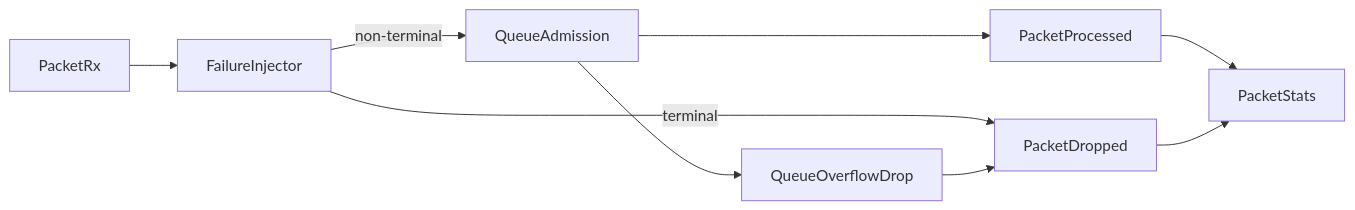
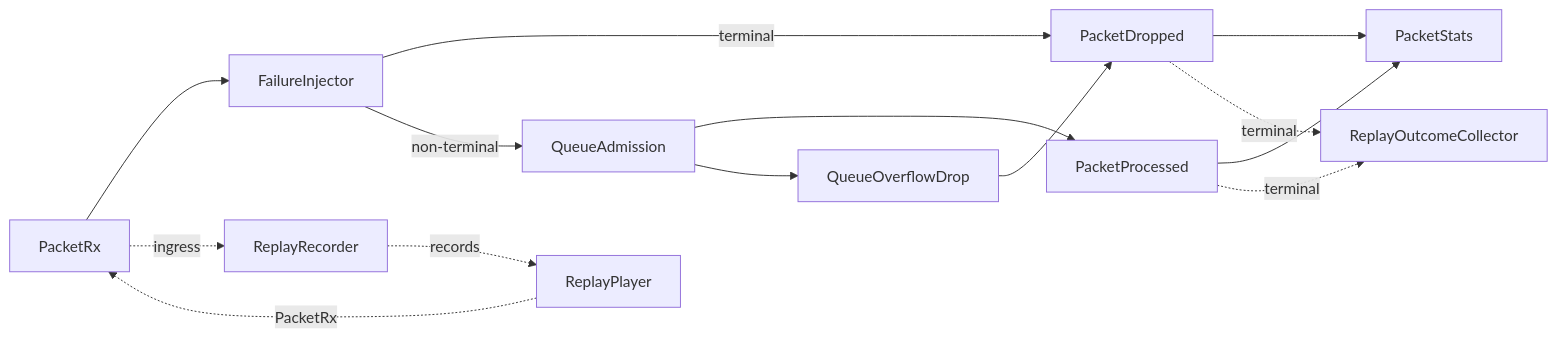
Before and after one commit to togunchan/EdgeNetSwitch: the diagram in docs/runtime_flow.md, drawn with Mermaid. The commit also changed other lines of this file and 6 other files, not shown here.

Commit message:
docs(runtime): finalize replay determinism architecture for v1.8.9

````diff
--- a/docs/runtime_flow.md
+++ b/docs/runtime_flow.md
@@ -67,16 +69,22 @@
 ```mermaid
 flowchart LR
 
     PacketRx --> FailureInjector
 
     FailureInjector -->|terminal| PacketDropped
     FailureInjector -->|non-terminal| QueueAdmission
 
     QueueAdmission --> PacketProcessed
     QueueAdmission --> QueueOverflowDrop
 
     QueueOverflowDrop --> PacketDropped
 
     PacketProcessed --> PacketStats
     PacketDropped --> PacketStats
+
+    PacketRx -. ingress .-> ReplayRecorder
+    ReplayRecorder -. records .-> ReplayPlayer
+    ReplayPlayer -. PacketRx .-> PacketRx
+    PacketProcessed -. terminal .-> ReplayOutcomeCollector
+    PacketDropped -. terminal .-> ReplayOutcomeCollector
 ```
````
